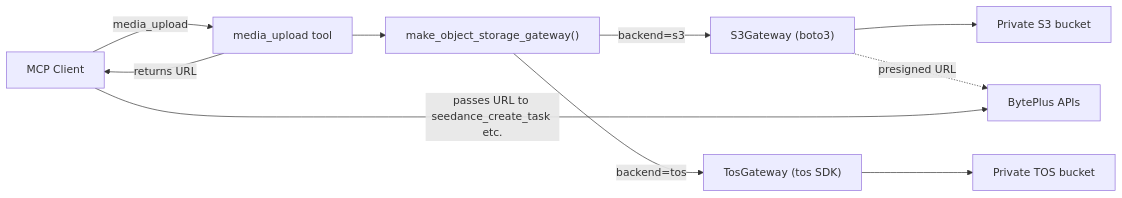
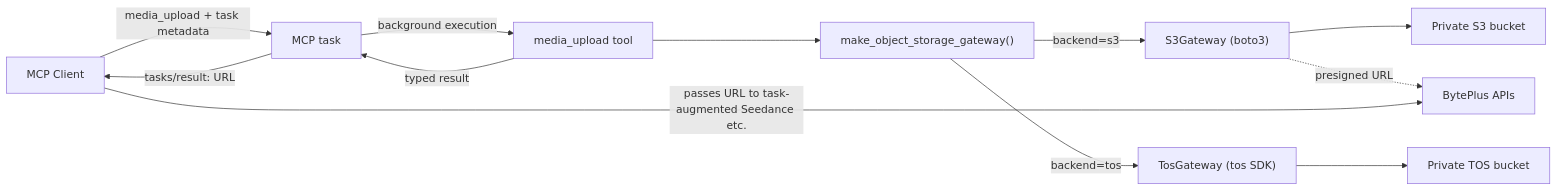
One commit to byteplus-sa/modelark-mcp changed the first of 3 diagrams in docs/s3-object-storage.md. Above: the diagram before and after it, drawn with Mermaid. The commit also changed other lines of this file and 5 other files, not shown here.

Commit message:
docs: clarify background task workflows

````diff
--- a/docs/s3-object-storage.md
+++ b/docs/s3-object-storage.md
@@ -26,12 +26,14 @@
 ```mermaid
 flowchart LR
-    Client["MCP Client"] -->|"media_upload"| Tool["media_upload tool"]
+    Client["MCP Client"] -->|"media_upload + task metadata"| Task["MCP task"]
+    Task -->|"background execution"| Tool["media_upload tool"]
     Tool --> Factory["make_object_storage_gateway()"]
     Factory -->|"backend=s3"| S3GW["S3Gateway (boto3)"]
     Factory -->|"backend=tos"| TOSGW["TosGateway (tos SDK)"]
     S3GW --> S3["Private S3 bucket"]
     TOSGW --> TOS["Private TOS bucket"]
     S3GW -.->|"presigned URL"| BytePlus["BytePlus APIs"]
-    Tool -->|"returns URL"| Client
-    Client -->|"passes URL to seedance_create_task etc."| BytePlus
+    Tool -->|"typed result"| Task
+    Task -->|"tasks/result: URL"| Client
+    Client -->|"passes URL to task-augmented Seedance etc."| BytePlus
 ```
````
